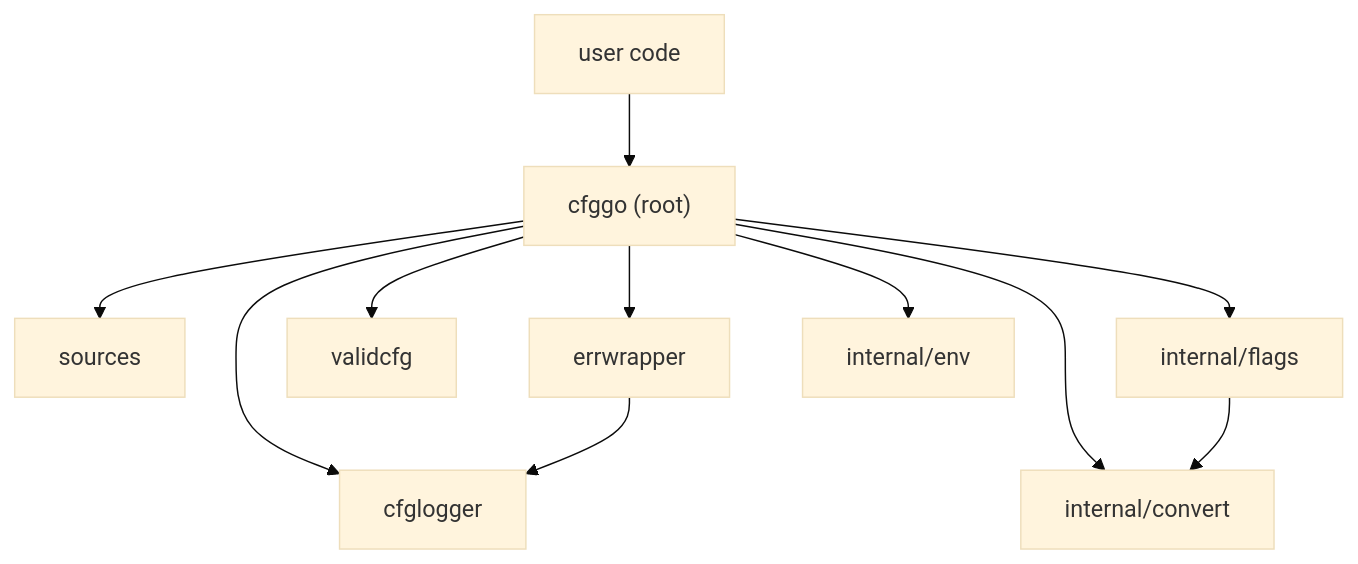
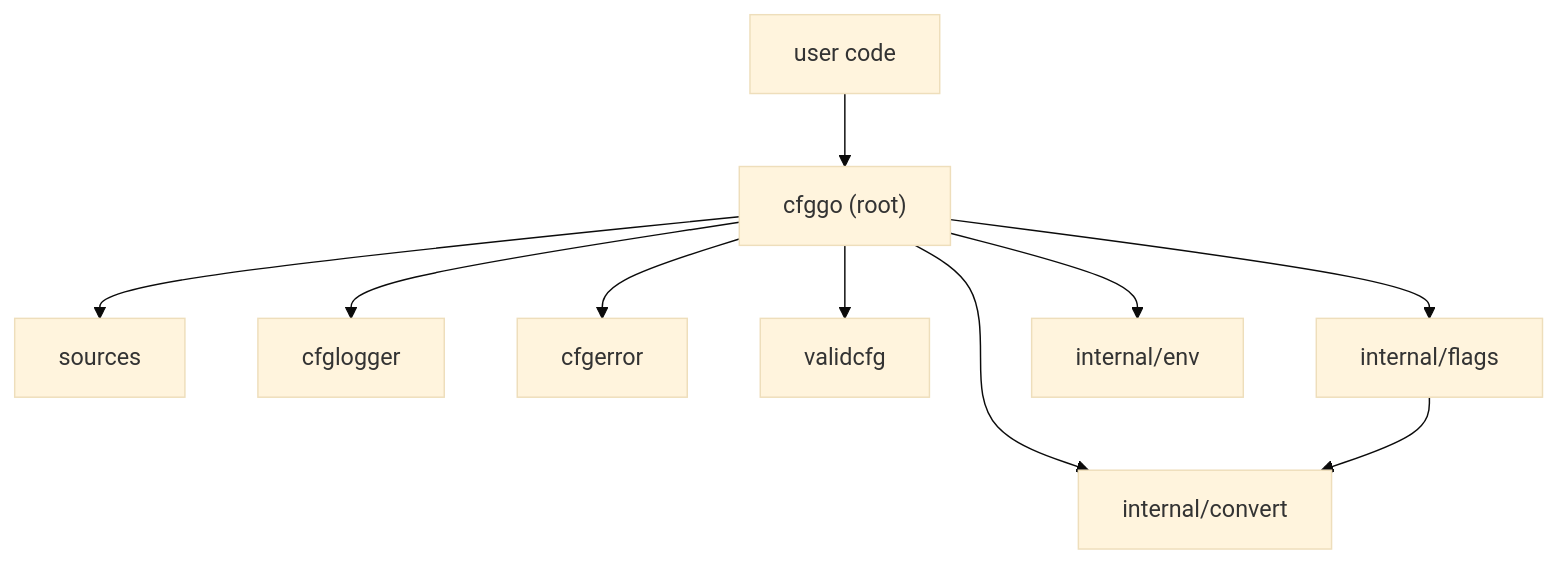
Before and after one commit to iqhive/cfggo: the diagram in STRUCTURE.md, drawn with Mermaid (base theme). The commit also changed other lines of this file and 95 other files, not shown here.

````diff
--- a/STRUCTURE.md
+++ b/STRUCTURE.md
@@ -111,13 +118,12 @@
 ```mermaid
 graph TD
     user["user code"] --> cfggo["cfggo (root)"]
     cfggo --> sources
     cfggo --> cfglogger
-    cfggo --> errwrapper
+    cfggo --> cfgerror
     cfggo --> validcfg
     cfggo --> iconvert["internal/convert"]
     cfggo --> iflags["internal/flags"]
     cfggo --> ienv["internal/env"]
     iflags --> iconvert
-    errwrapper --> cfglogger
 ```
````
